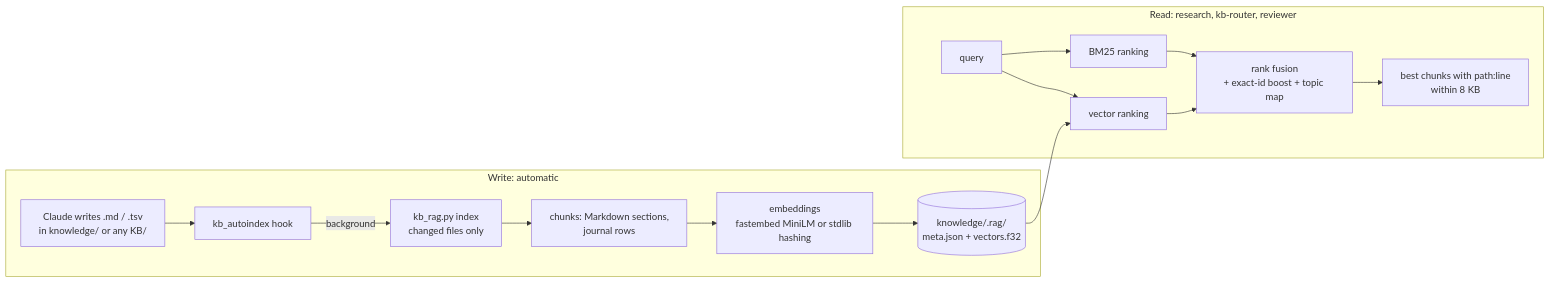
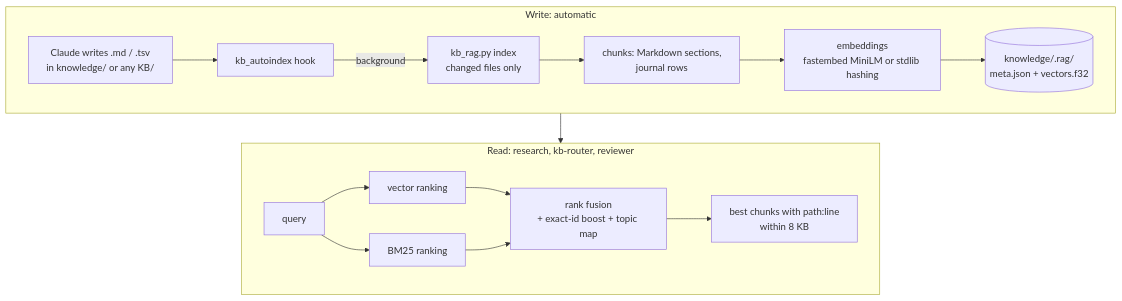
One commit to nikserbur/autolearn changed the fifth of 5 diagrams in README.md. Above: the diagram before and after it, drawn with Mermaid.

Commit message:
docs: lay out the RAG diagram in two rows

````diff
--- a/README.md
+++ b/README.md
@@ -235,18 +235,20 @@
 ```mermaid
-flowchart LR
+flowchart TB
   subgraph Write["Write: automatic"]
+    direction LR
     W[Claude writes .md / .tsv<br/>in knowledge/ or any KB/] --> HK[kb_autoindex hook]
     HK -- background --> IX[kb_rag.py index<br/>changed files only]
     IX --> CH[chunks: Markdown sections,<br/>journal rows]
     CH --> EM[embeddings<br/>fastembed MiniLM or stdlib hashing]
     EM --> VS[(knowledge/.rag/<br/>meta.json + vectors.f32)]
   end
   subgraph Read["Read: research, kb-router, reviewer"]
+    direction LR
     Q[query] --> VR[vector ranking]
     Q --> LR[BM25 ranking]
     VS --> VR
     VR --> F[rank fusion<br/>+ exact-id boost + topic map]
     LR --> F
     F --> OUT[best chunks with path:line<br/>within 8 KB]
   end
 ```
````
